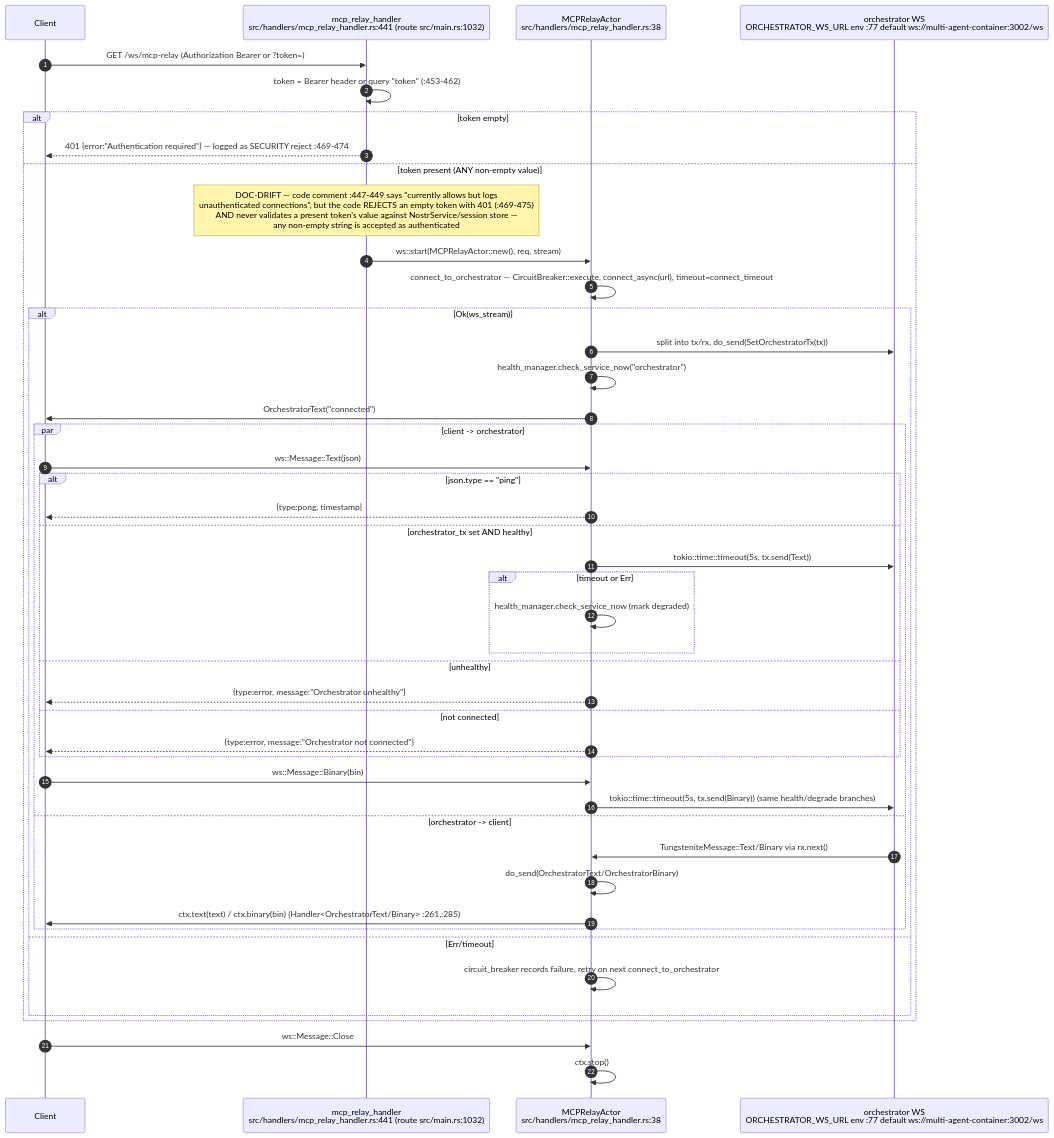
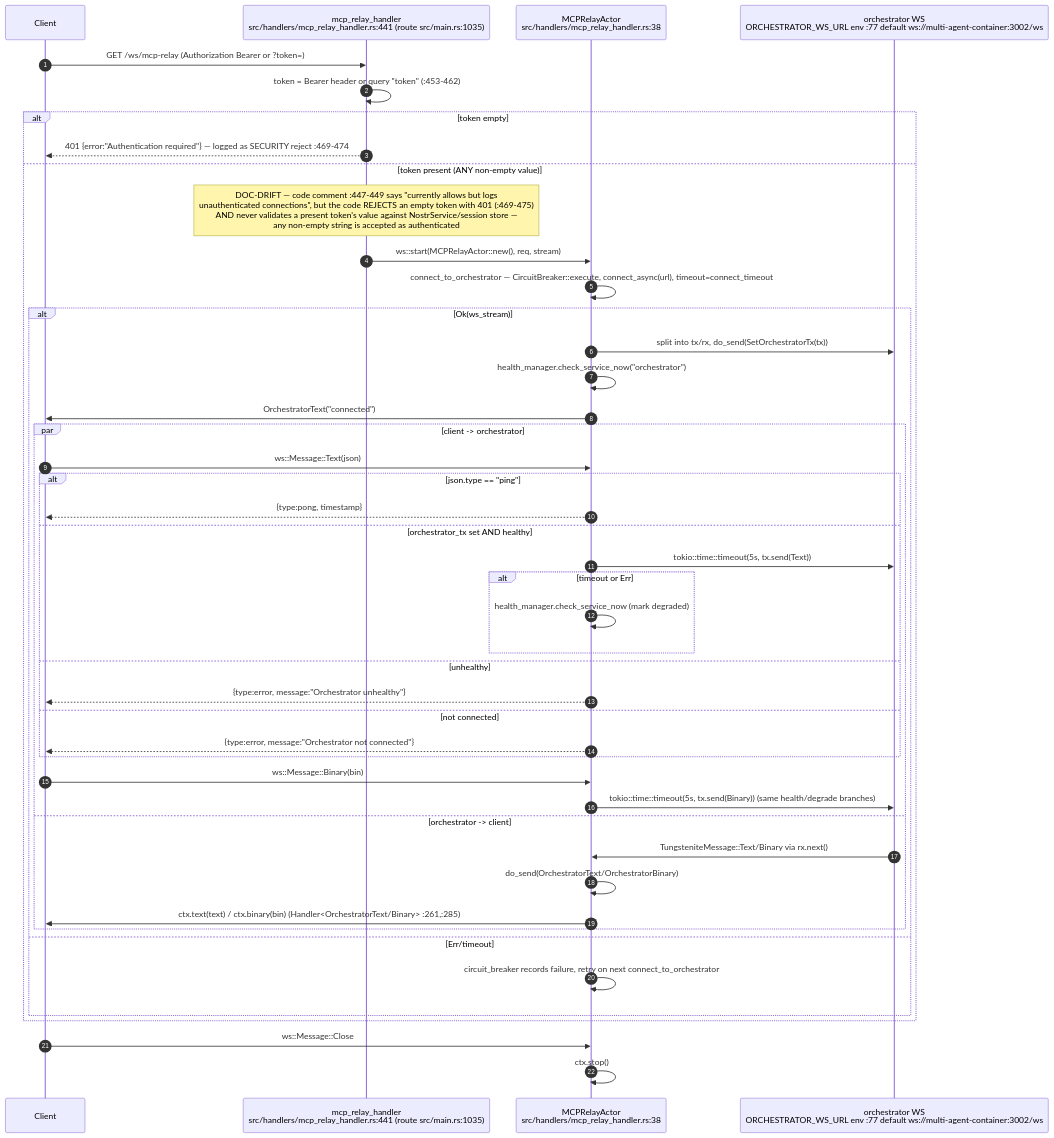
Before and after one commit to DreamLab-AI/AR-AI-Knowledge-Graph: diagram 12 of 18 in docs/diagrams/visionclaw/05-handlers-governance-and-identity.md, drawn with Mermaid. The commit also changed other lines of this file and 73 other files, not shown here.

First line of the commit message:
docs(diagrams): re-verify all 71 topic files against HEAD; add --cite-check

````diff
--- a/docs/diagrams/visionclaw/05-handlers-governance-and-identity.md
+++ b/docs/diagrams/visionclaw/05-handlers-governance-and-identity.md
@@ -583,48 +583,48 @@
 ```mermaid
 sequenceDiagram
     autonumber
     participant C as Client
-    participant H as mcp_relay_handler<br/>src/handlers/mcp_relay_handler.rs:441 (route src/main.rs:1032)
+    participant H as mcp_relay_handler<br/>src/handlers/mcp_relay_handler.rs:441 (route src/main.rs:1035)
     participant A as MCPRelayActor<br/>src/handlers/mcp_relay_handler.rs:38
     participant O as orchestrator WS<br/>ORCHESTRATOR_WS_URL env :77 default ws://multi-agent-container:3002/ws
 
     C->>H: GET /ws/mcp-relay (Authorization Bearer or ?token=)
     H->>H: token = Bearer header or query "token" (:453-462)
     alt token empty
         H-->>C: 401 {error:"Authentication required"} — logged as SECURITY reject :469-474
     else token present (ANY non-empty value)
         Note over H: DOC-DRIFT — code comment :447-449 says "currently allows but logs<br/>unauthenticated connections", but the code REJECTS an empty token with 401 (:469-475)<br/>AND never validates a present token's value against NostrService/session store —<br/>any non-empty string is accepted as authenticated
         H->>A: ws::start(MCPRelayActor::new(), req, stream)
         A->>A: connect_to_orchestrator — CircuitBreaker::execute, connect_async(url), timeout=connect_timeout
         alt Ok(ws_stream)
             A->>O: split into tx/rx, do_send(SetOrchestratorTx(tx))
             A->>A: health_manager.check_service_now("orchestrator")
             A->>C: OrchestratorText("connected")
             par client -> orchestrator
                 C->>A: ws::Message::Text(json)
                 alt json.type == "ping"
                     A-->>C: {type:pong, timestamp}
                 else orchestrator_tx set AND healthy
                     A->>O: tokio::time::timeout(5s, tx.send(Text))
                     alt timeout or Err
                         A->>A: health_manager.check_service_now (mark degraded)
                     end
                 else unhealthy
                     A-->>C: {type:error, message:"Orchestrator unhealthy"}
                 else not connected
                     A-->>C: {type:error, message:"Orchestrator not connected"}
                 end
                 C->>A: ws::Message::Binary(bin)
                 A->>O: tokio::time::timeout(5s, tx.send(Binary)) (same health/degrade branches)
             and orchestrator -> client
                 O->>A: TungsteniteMessage::Text/Binary via rx.next()
                 A->>A: do_send(OrchestratorText/OrchestratorBinary)
                 A->>C: ctx.text(text) / ctx.binary(bin) (Handler<OrchestratorText/Binary> :261,:285)
             end
         else Err/timeout
             A->>A: circuit_breaker records failure, retry on next connect_to_orchestrator
         end
     end
     C->>A: ws::Message::Close
     A->>A: ctx.stop()
 ```
````
